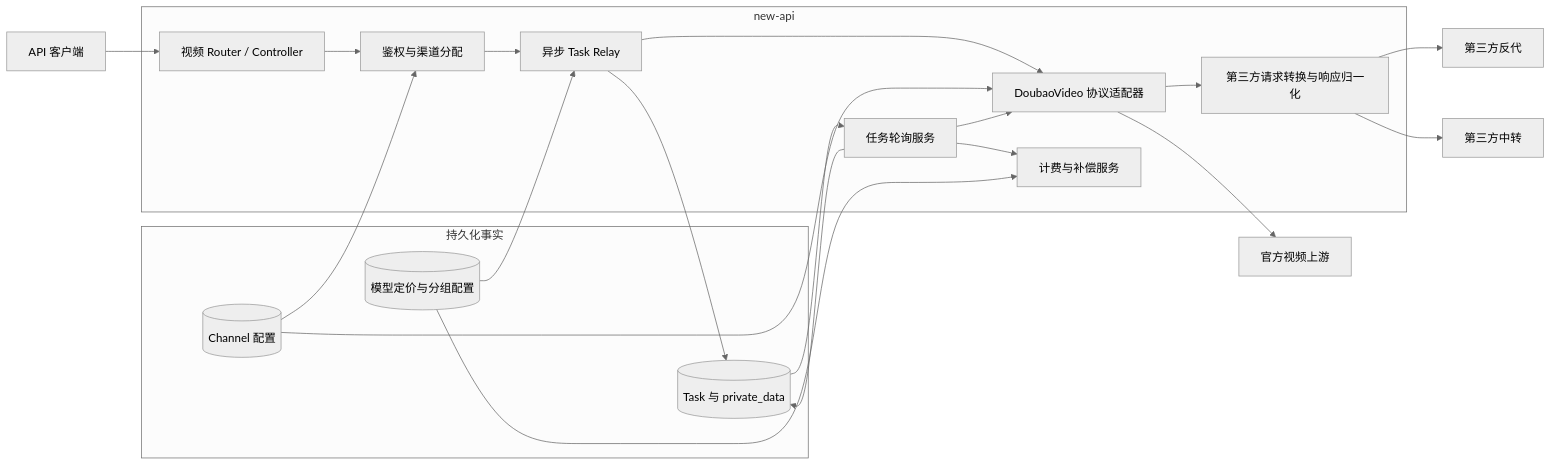
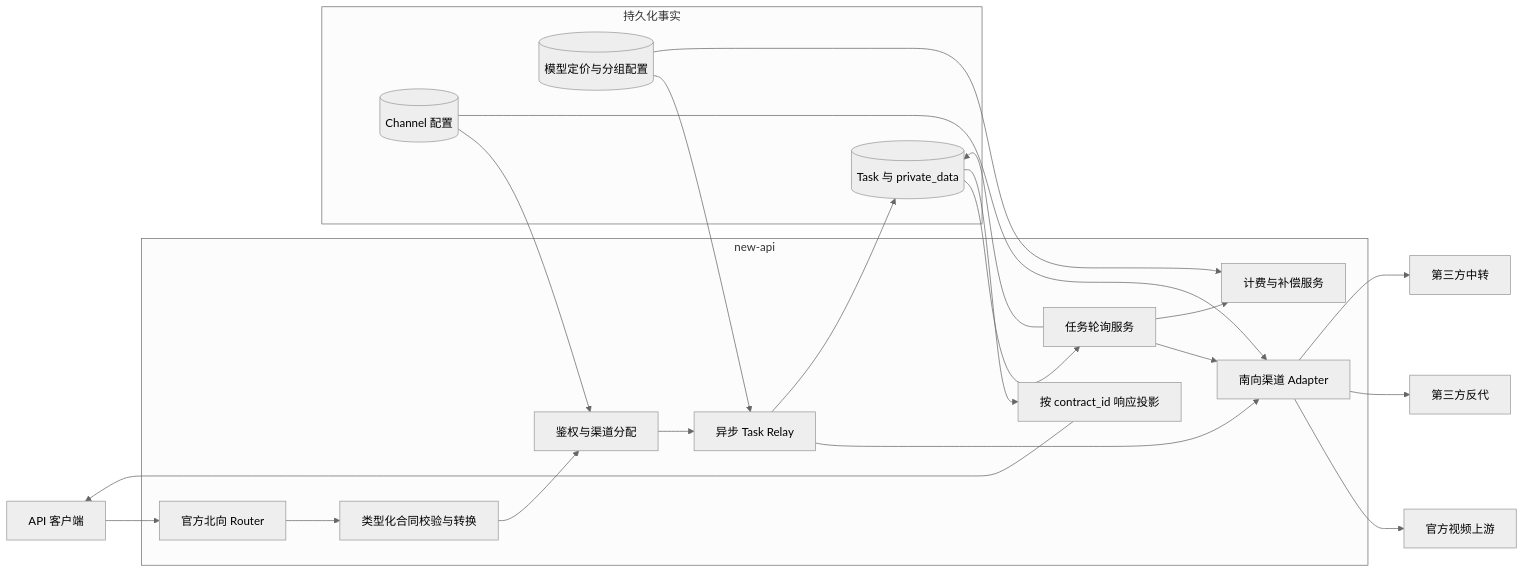
The first of 3 diagrams in docs/20-architecture/视频上游接入与异步任务架构.md (wuqiang44444444/new-api), drawn with Mermaid (neutral theme) before and after one commit. The commit also changed other lines of this file and 62 other files, not shown here.

````diff
--- a/docs/20-architecture/视频上游接入与异步任务架构.md
+++ b/docs/20-architecture/视频上游接入与异步任务架构.md
@@ -56,37 +72,39 @@
 ```mermaid
 flowchart LR
     Client[API 客户端]
 
     subgraph Gateway[new-api]
-        Router[视频 Router / Controller]
+        Router[官方北向 Router]
+        Contract[类型化合同校验与转换]
         Distributor[鉴权与渠道分配]
         Relay[异步 Task Relay]
-        Adaptor[DoubaoVideo 协议适配器]
-        Normalizer[第三方请求转换与响应归一化]
+        Adaptor[南向渠道 Adapter]
         Poller[任务轮询服务]
+        Projection[按 contract_id 响应投影]
         Billing[计费与补偿服务]
     end
 
     subgraph State[持久化事实]
         Channel[(Channel 配置)]
         Task[(Task 与 private_data)]
         Pricing[(模型定价与分组配置)]
     end
 
     Official[官方视频上游]
     ReverseProxy[第三方反代]
     RelayProvider[第三方中转]
 
-    Client --> Router --> Distributor --> Relay --> Adaptor
+    Client --> Router --> Contract --> Distributor --> Relay --> Adaptor
     Channel --> Distributor
     Channel --> Adaptor
     Pricing --> Relay
     Adaptor --> Official
-    Adaptor --> Normalizer --> ReverseProxy
-    Normalizer --> RelayProvider
+    Adaptor --> ReverseProxy
+    Adaptor --> RelayProvider
     Relay --> Task
     Task --> Poller --> Adaptor
     Poller --> Task
+    Task --> Projection --> Client
     Poller --> Billing
     Pricing --> Billing
 ```
````
